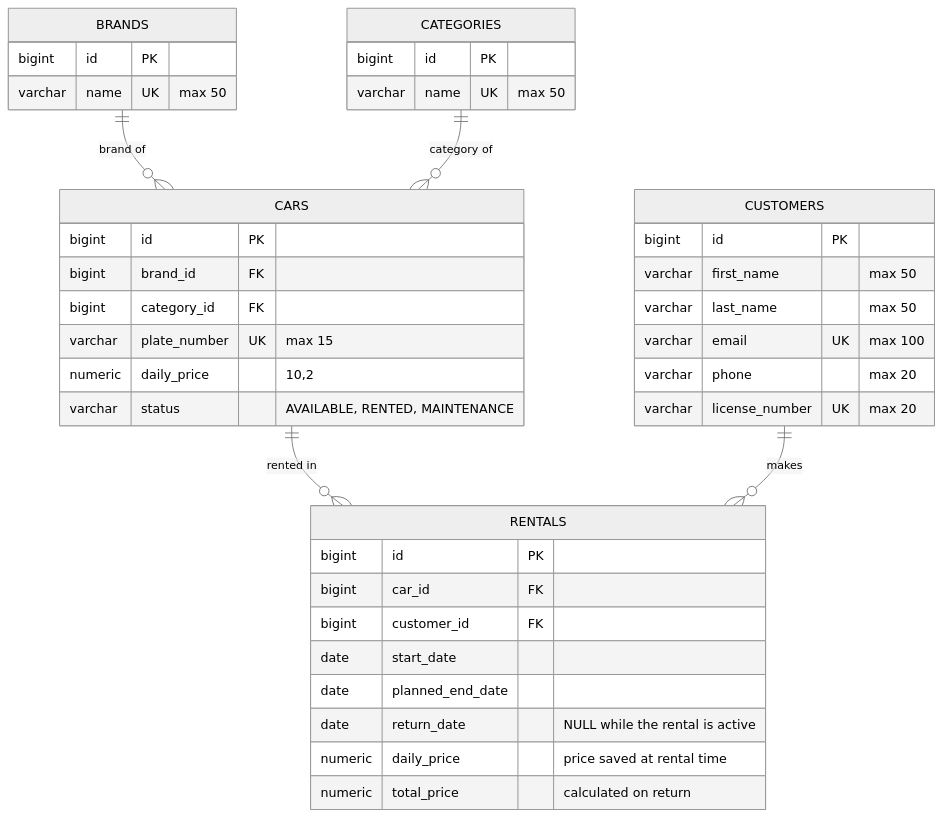
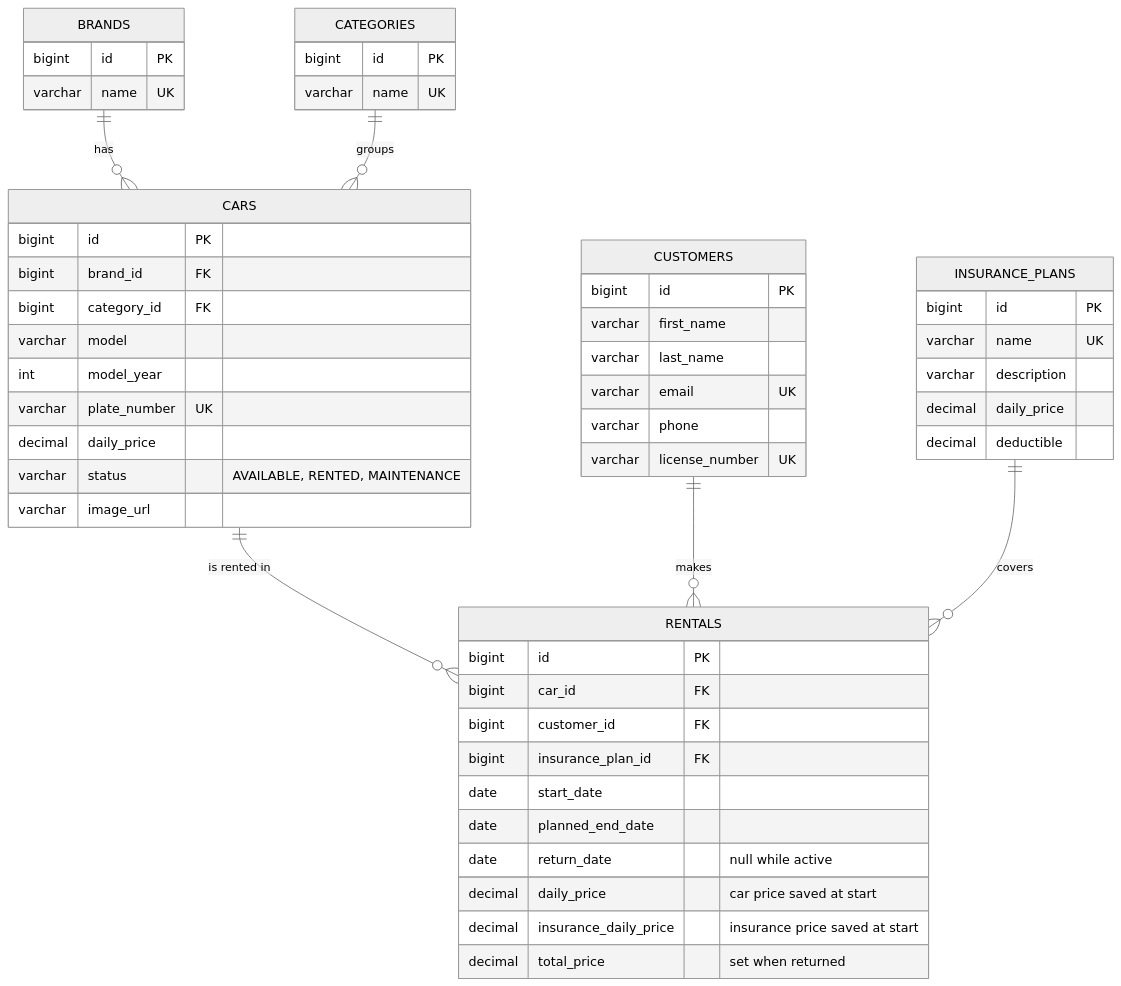
One commit to XM9FQ1/car-rental-system changed the diagram in docs/ER_DIAGRAM.md. Above: the diagram before and after it, drawn with Mermaid (neutral theme). The commit also changed other lines of this file and 12 other files, not shown here.

Commit message:
Version 3.0: modern design with Inter font, dashboard photos, docs and ER diagram

````diff
--- a/docs/ER_DIAGRAM.md
+++ b/docs/ER_DIAGRAM.md
@@ -5,42 +3,55 @@
 ```mermaid
 erDiagram
-    BRANDS ||--o{ CARS : "brand of"
-    CATEGORIES ||--o{ CARS : "category of"
-    CARS ||--o{ RENTALS : "rented in"
+    BRANDS ||--o{ CARS : "has"
+    CATEGORIES ||--o{ CARS : "groups"
+    CARS ||--o{ RENTALS : "is rented in"
     CUSTOMERS ||--o{ RENTALS : "makes"
+    INSURANCE_PLANS ||--o{ RENTALS : "covers"
 
     BRANDS {
         bigint id PK
-        varchar name UK "max 50"
+        varchar name UK
     }
     CATEGORIES {
         bigint id PK
-        varchar name UK "max 50"
+        varchar name UK
     }
     CARS {
         bigint id PK
         bigint brand_id FK
         bigint category_id FK
-        varchar plate_number UK "max 15"
-        numeric daily_price "10,2"
+        varchar model
+        int model_year
+        varchar plate_number UK
+        decimal daily_price
         varchar status "AVAILABLE, RENTED, MAINTENANCE"
+        varchar image_url
     }
     CUSTOMERS {
         bigint id PK
-        varchar first_name "max 50"
-        varchar last_name "max 50"
-        varchar email UK "max 100"
-        varchar phone "max 20"
-        varchar license_number UK "max 20"
+        varchar first_name
+        varchar last_name
+        varchar email UK
+        varchar phone
+        varchar license_number UK
+    }
+    INSURANCE_PLANS {
+        bigint id PK
+        varchar name UK
+        varchar description
+        decimal daily_price
+        decimal deductible
     }
     RENTALS {
         bigint id PK
         bigint car_id FK
         bigint customer_id FK
+        bigint insurance_plan_id FK
         date start_date
         date planned_end_date
-        date return_date "NULL while the rental is active"
-        numeric daily_price "price saved at rental time"
-        numeric total_price "calculated on return"
+        date return_date "null while active"
+        decimal daily_price "car price saved at start"
+        decimal insurance_daily_price "insurance price saved at start"
+        decimal total_price "set when returned"
     }
 ```
````
